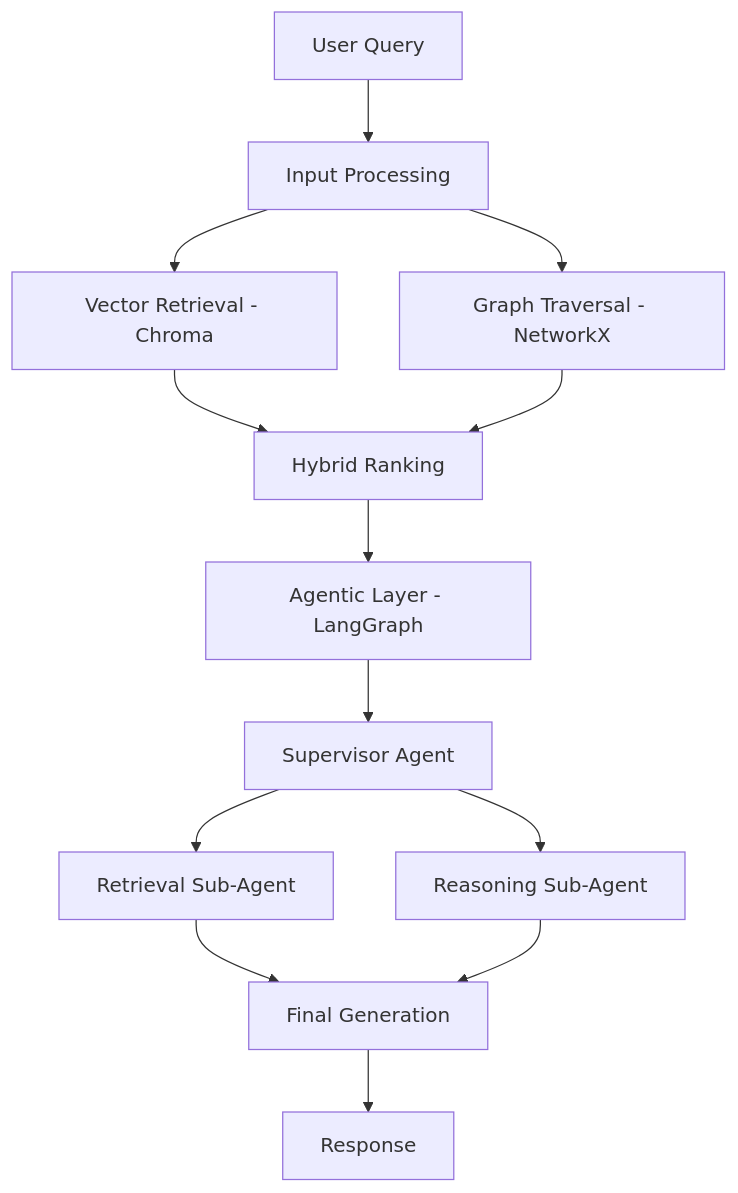
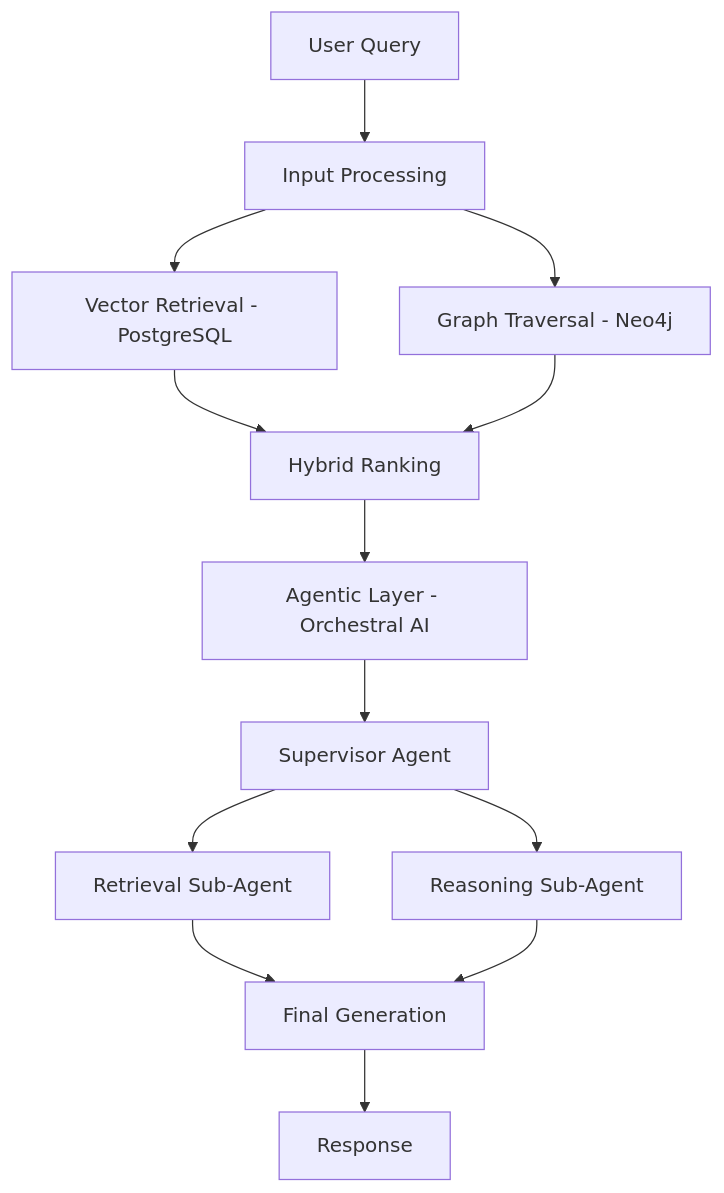
The first of 3 diagrams in RAG_PRD.md (raqkaaq/ArxivResearchAgent), drawn with Mermaid before and after one commit. The commit also changed other lines of this file and 10 other files, not shown here.

````diff
--- a/RAG_PRD.md
+++ b/RAG_PRD.md
@@ -33,15 +33,15 @@
 ```mermaid
 graph TD
     A[User Query] --> B[Input Processing]
-    B --> C[Vector Retrieval - Chroma]
-    B --> D[Graph Traversal - NetworkX]
+    B --> C[Vector Retrieval - PostgreSQL]
+    B --> D[Graph Traversal - Neo4j]
     C --> E[Hybrid Ranking]
     D --> E
-    E --> F[Agentic Layer - LangGraph]
+    E --> F[Agentic Layer - Orchestral AI]
     F --> G[Supervisor Agent]
     G --> H[Retrieval Sub-Agent]
     G --> I[Reasoning Sub-Agent]
     H --> J[Final Generation]
     I --> J
     J --> K[Response]
 ```
````
